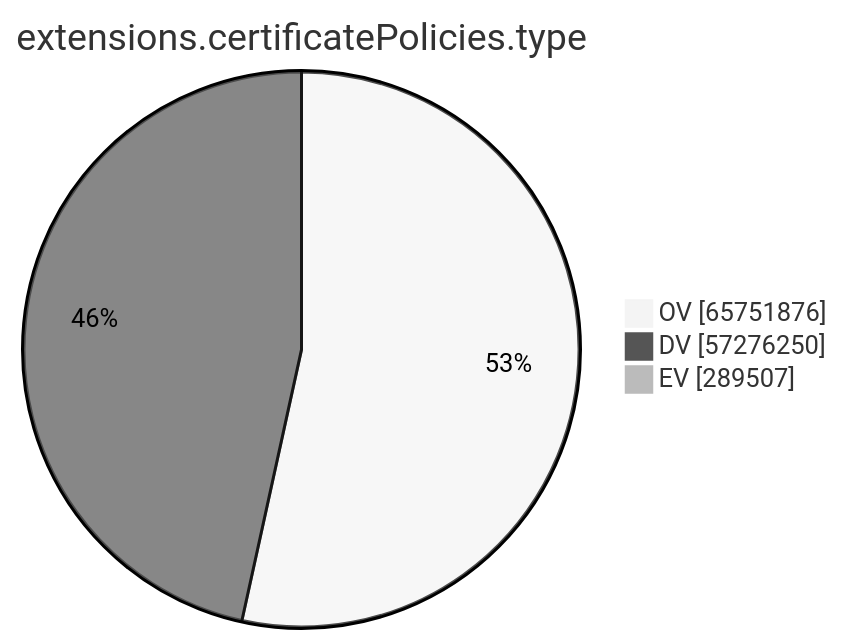
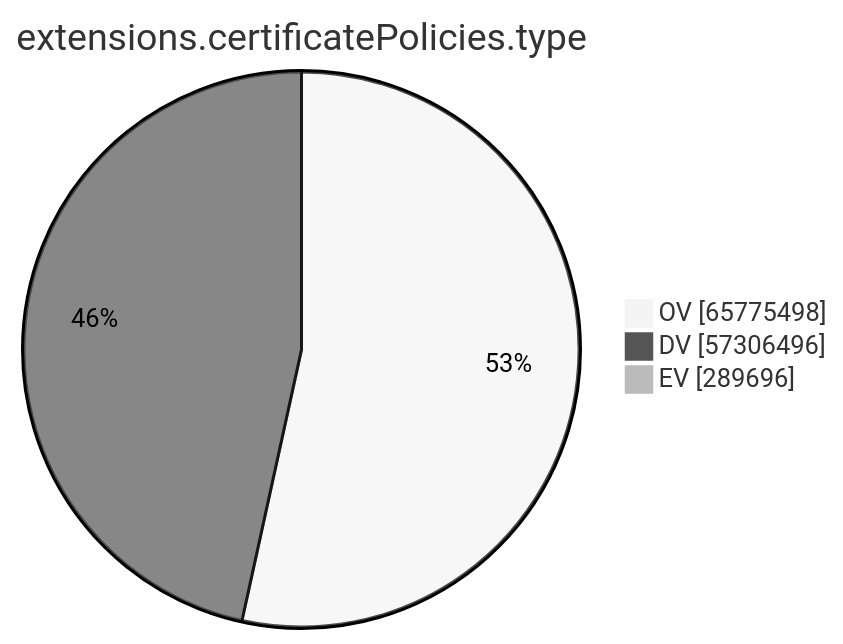
Before and after one commit to christiankrug/ctmonitor_visualization: the ninth of 15 diagrams in xenon2023/README.md, drawn with Mermaid (neutral theme). The commit also changed other lines of this file, not shown here.

````diff
--- a/xenon2023/README.md
+++ b/xenon2023/README.md
@@ -2165,7 +2165,7 @@
 ```mermaid
 pie showData
 title extensions.certificatePolicies.type
-"OV" :65751876
-"DV" :57276250
-"EV" :289507
+"OV" :65775498
+"DV" :57306496
+"EV" :289696
 ```
````
